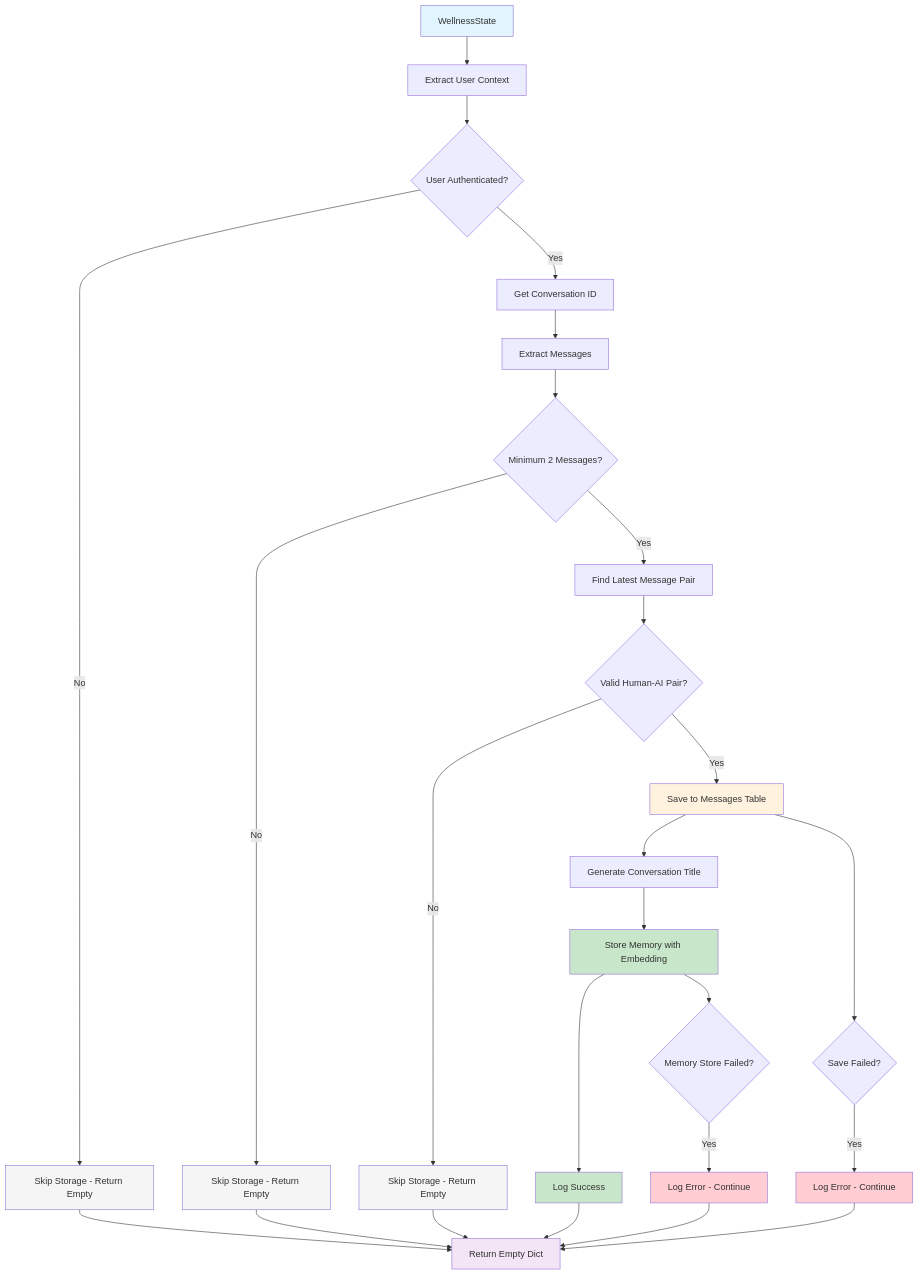
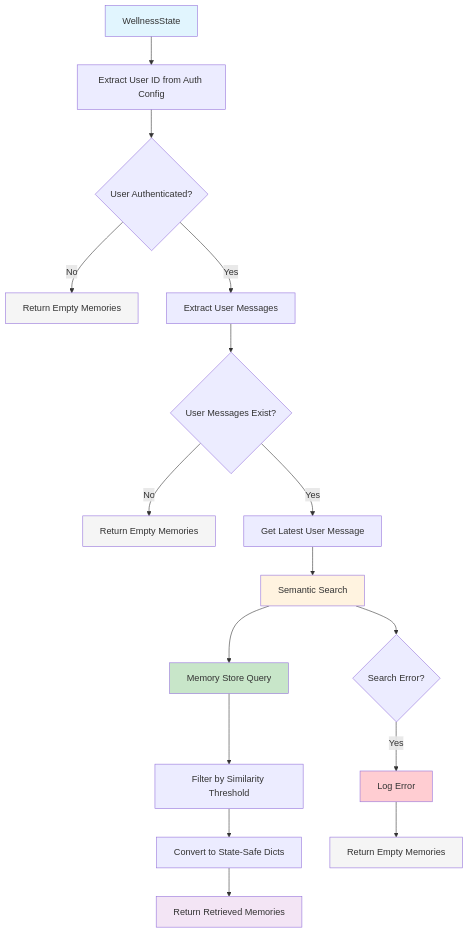
One commit to tweezerchef/Wbot changed the first of 5 diagrams in docs/ai/langgraph.md. Above: the diagram before and after it, drawn with Mermaid. The commit also changed other lines of this file and 3 other files, not shown here.

````diff
--- a/docs/ai/langgraph.md
+++ b/docs/ai/langgraph.md
@@ -29,45 +27,35 @@
 ```mermaid
 graph TD
-    A[WellnessState] --> B[Extract User Context]
+    A[WellnessState] --> B[Extract User ID from Auth Config]
     B --> C{User Authenticated?}
-    C -->|No| D[Skip Storage - Return Empty]
-    C -->|Yes| E[Get Conversation ID]
+    C -->|No| D[Return Empty Memories]
+    C -->|Yes| E[Extract User Messages]
 
-    E --> F[Extract Messages]
-    F --> G{Minimum 2 Messages?}
-    G -->|No| H[Skip Storage - Return Empty]
-    G -->|Yes| I[Find Latest Message Pair]
+    E --> F{User Messages Exist?}
+    F -->|No| G[Return Empty Memories]
+    F -->|Yes| H[Get Latest User Message]
 
-    I --> J{Valid Human-AI Pair?}
-    J -->|No| K[Skip Storage - Return Empty]
-    J -->|Yes| L[Save to Messages Table]
+    H --> I[Semantic Search]
+    I --> J[Memory Store Query]
+    J --> K[Filter by Similarity Threshold]
 
-    L --> M[Generate Conversation Title]
-    M --> N[Store Memory with Embedding]
+    K --> L[Convert to State-Safe Dicts]
+    L --> M[Return Retrieved Memories]
 
-    N --> O[Log Success]
-    L --> P{Save Failed?}
-    P -->|Yes| Q[Log Error - Continue]
-    N --> R{Memory Store Failed?}
-    R -->|Yes| S[Log Error - Continue]
-
-    Q --> T[Return Empty Dict]
-    S --> T
-    O --> T
-    D --> T
-    H --> T
-    K --> T
+    I --> N{Search Error?}
+    N -->|Yes| O[Log Error]
+    O --> P[Return Empty Memories]
 
     style A fill:#e1f5fe
-    style L fill:#fff3e0
-    style N fill:#c8e6c9
-    style T fill:#f3e5f5
+    style I fill:#fff3e0
+    style J fill:#c8e6c9
+    style M fill:#f3e5f5
 
     classDef error fill:#ffcdd2
     classDef success fill:#c8e6c9
     classDef skip fill:#f5f5f5
 
-    class Q,S error
-    class O success
-    class D,H,K skip
+    class O error
+    class M success
+    class D,G,P skip
 ```
````
